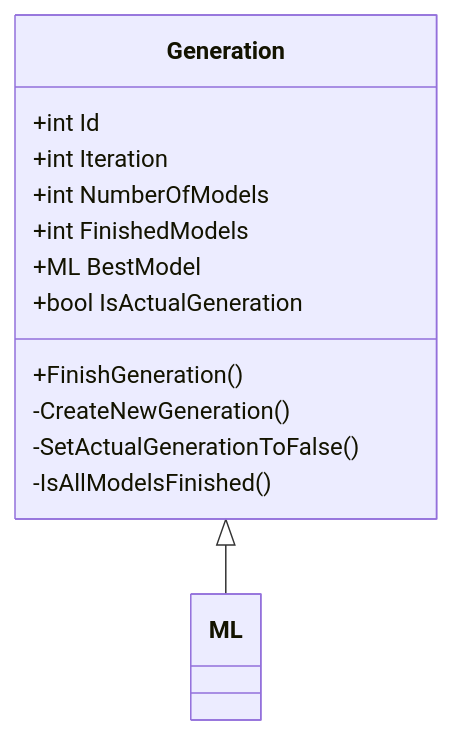
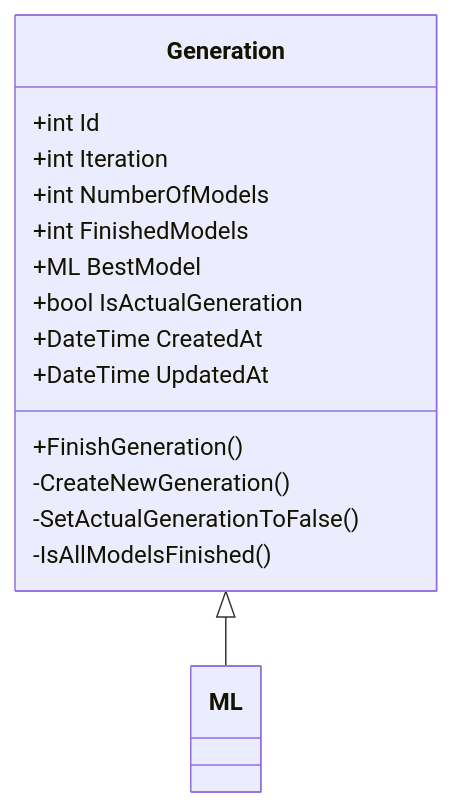
Before and after one commit to Just-Simon-Dev/Just-Simon-Dev.github.io: the second of 2 diagrams in ShowLook/Writerside2/topics/Data-architecture.md, drawn with Mermaid. The commit also changed other lines of this file and 4 other files, not shown here.

Commit message:
Create frontend C4 architecture, update estimation, refactor Scrum Information and ML strategy texts, update Backend C4 architecture and Data Architecture

````diff
--- a/ShowLook/Writerside2/topics/Data-architecture.md
+++ b/ShowLook/Writerside2/topics/Data-architecture.md
@@ -25,15 +27,17 @@
 ```mermaid
 classDiagram 
     Generation <|-- ML
     Generation: +int Id
     Generation: +int Iteration
     Generation: +int NumberOfModels
     Generation: +int FinishedModels
     Generation: +ML BestModel
     Generation: +bool IsActualGeneration
+    Generation: +DateTime CreatedAt
+    Generation: +DateTime UpdatedAt
     Generation: +FinishGeneration()
     Generation: -CreateNewGeneration()
     Generation: -SetActualGenerationToFalse()
     Generation: -IsAllModelsFinished()
     
 ```
````
